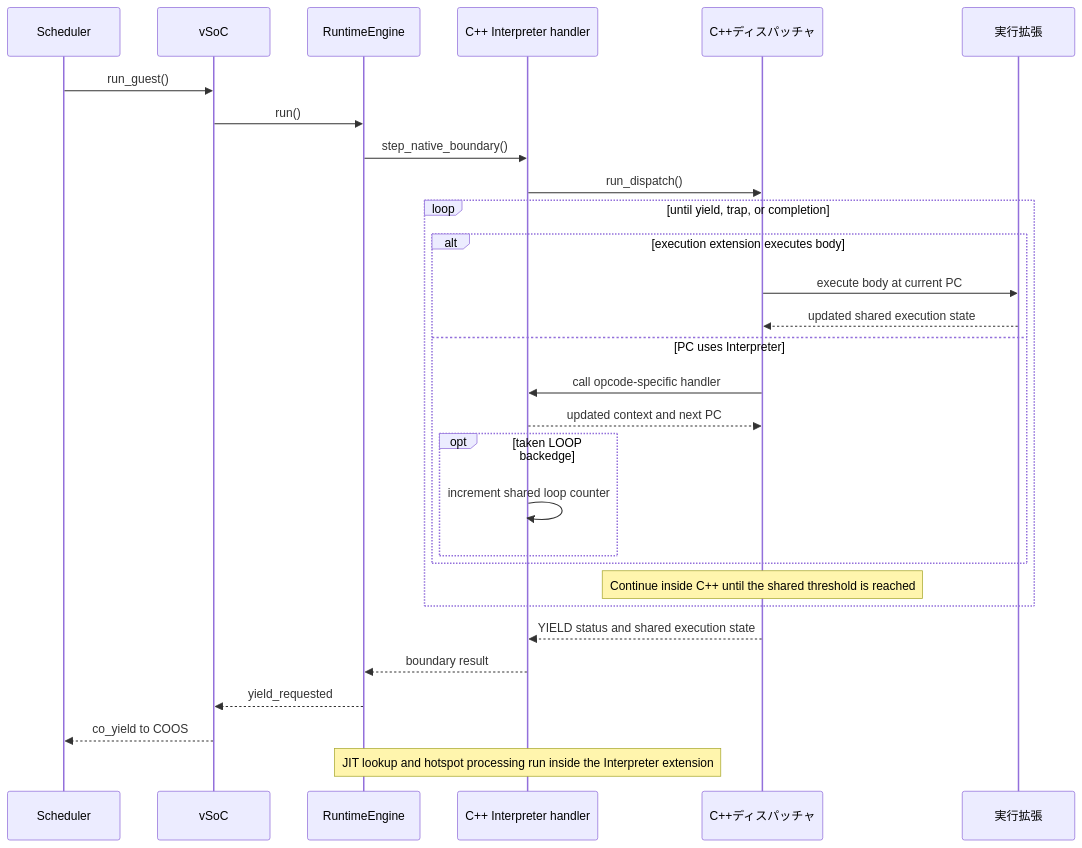
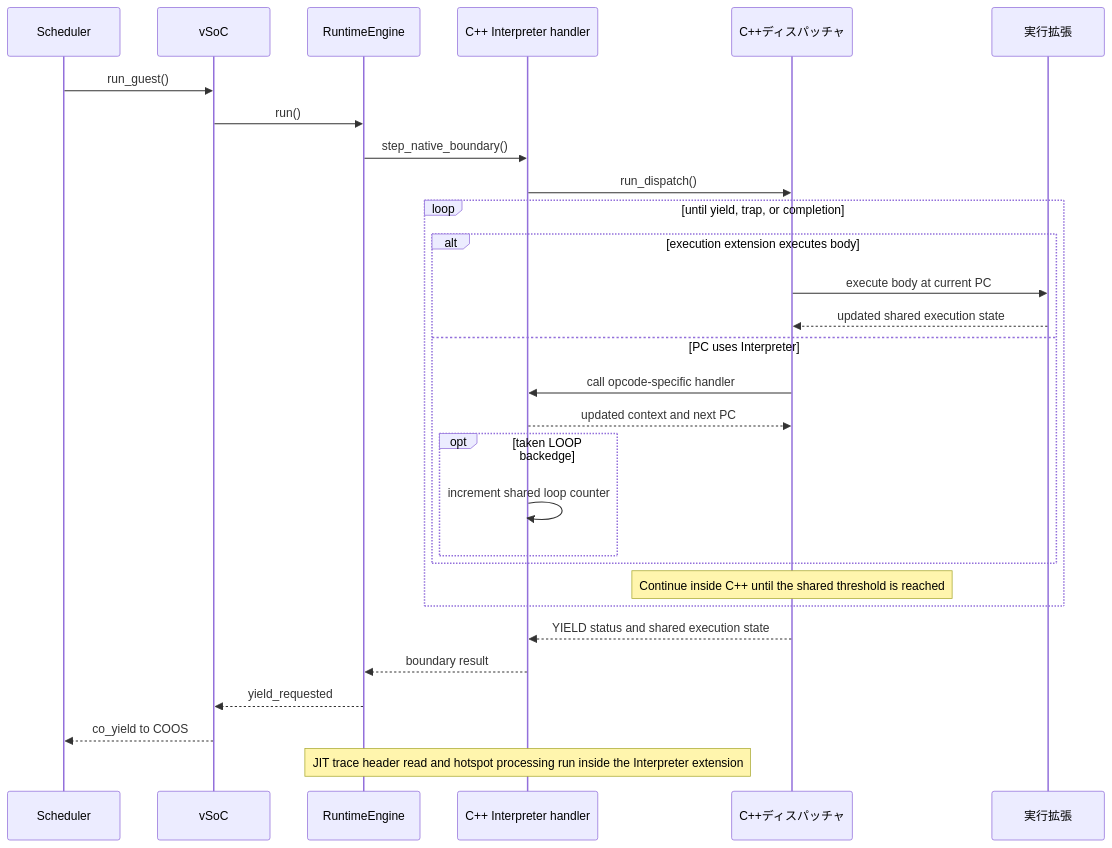
The fifth of 7 diagrams in docs/components/tier2_runtime/runtime_vsoc.md (kmt-t/fireball), drawn with Mermaid before and after one commit. The commit also changed other lines of this file and 9 other files, not shown here.

First line of the commit message:
docs(jit): describe the trace header read by the slot table, not a lookup

````diff
--- a/docs/components/tier2_runtime/runtime_vsoc.md
+++ b/docs/components/tier2_runtime/runtime_vsoc.md
@@ -368,34 +368,34 @@
 ```mermaid
 sequenceDiagram
     participant S as Scheduler
     participant V as vSoC
     participant R as RuntimeEngine
     participant I as NativeInterpreter
     participant D as C++ディスパッチャ
     participant I as C++ Interpreter handler
     participant J as 実行拡張
 
     S->>V: run_guest()
     V->>R: run()
     R->>I: step_native_boundary()
     I->>D: run_dispatch()
     loop until yield, trap, or completion
         alt execution extension executes body
             D->>J: execute body at current PC
             J-->>D: updated shared execution state
         else PC uses Interpreter
             D->>I: call opcode-specific handler
             I-->>D: updated context and next PC
             opt taken LOOP backedge
                 I->>I: increment shared loop counter
             end
         end
         Note over D: Continue inside C++ until the shared threshold is reached
     end
     D-->>I: YIELD status and shared execution state
     I-->>R: boundary result
     R-->>V: yield_requested
     V-->>S: co_yield to COOS
 
-    Note over I: JIT lookup and hotspot processing run inside the Interpreter extension
+    Note over I: JIT trace header read and hotspot processing run inside the Interpreter extension
 ```
````
